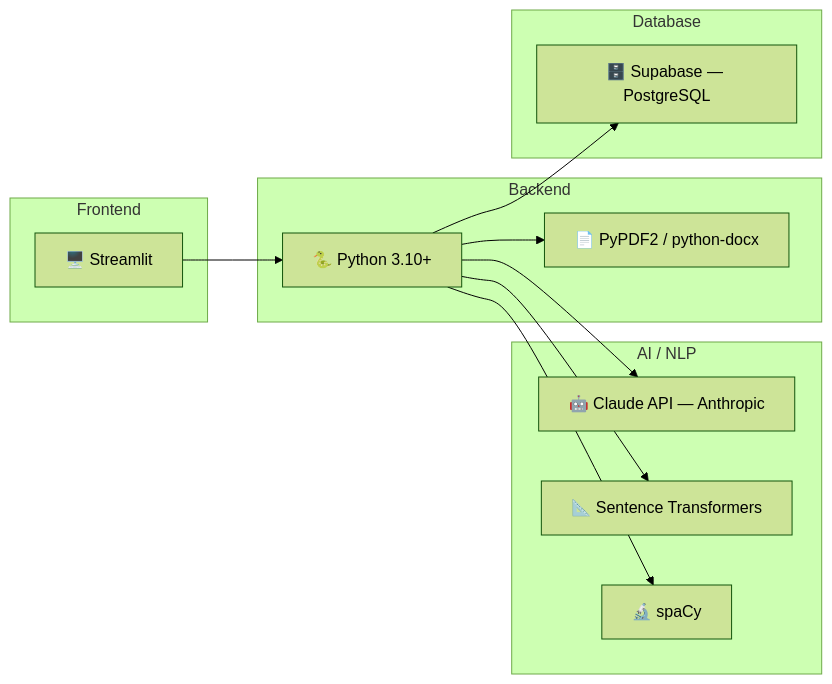
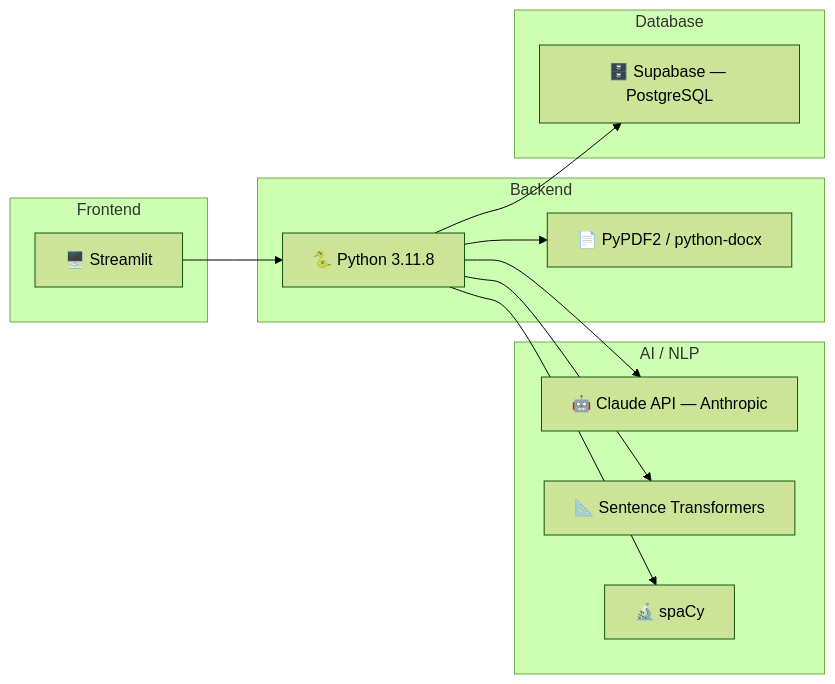
One commit to TiKkU12345/Resume-Ai-System- changed the third of 3 diagrams in README.md. Above: the diagram before and after it, drawn with Mermaid (forest theme). The commit also changed other lines of this file, not shown here.

````diff
--- a/README.md
+++ b/README.md
@@ -118,25 +118,25 @@
 ```mermaid
 graph LR
     subgraph Frontend
         A[🖥️ Streamlit]
     end
     subgraph AI_NLP["AI / NLP"]
         B[🤖 Claude API — Anthropic]
         C[📐 Sentence Transformers]
         D[🔬 spaCy]
     end
     subgraph Backend
-        E[🐍 Python 3.10+]
+        E[🐍 Python 3.11.8]
         F[📄 PyPDF2 / python-docx]
     end
     subgraph Database
         G[🗄️ Supabase — PostgreSQL]
     end
 
     A --> E
     E --> B
     E --> C
     E --> D
     E --> F
     E --> G
 ```
````
